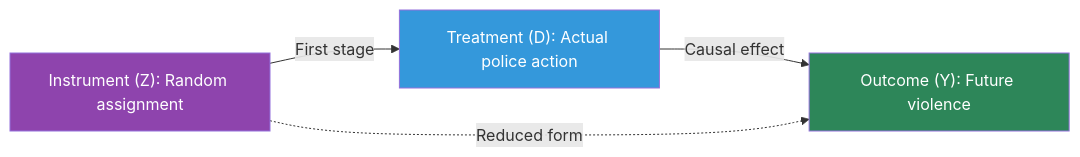
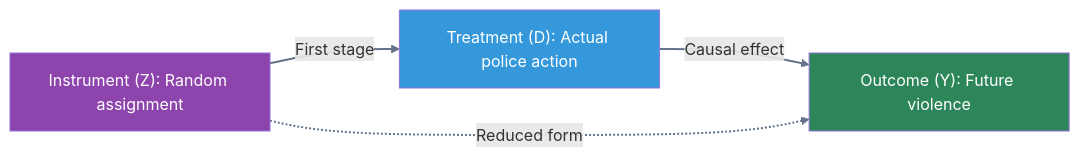
The second of 3 diagrams in notebooks_quarto/03-instrumental-variables.qmd (cmg777/intro2causal), drawn with Mermaid before and after one commit. The commit also changed other lines of this file and 17 other files, not shown here.

````diff
--- a/notebooks_quarto/03-instrumental-variables.qmd
+++ b/notebooks_quarto/03-instrumental-variables.qmd
@@ -362,17 +361,18 @@
 ```{mermaid}
 %%| label: fig-iv-chain
 %%| fig-cap: "The IV chain reaction: the instrument affects the outcome only through its effect on treatment."
 
 graph LR
     Z["Instrument (Z): Random assignment"]
     D["Treatment (D): Actual police action"]
     Y["Outcome (Y): Future violence"]
 
     Z -->|"First stage"| D
     D -->|"Causal effect"| Y
     Z -.->|"Reduced form"| Y
 
     style Z fill:#8e44ad,color:#fff
     style D fill:#3498db,color:#fff
     style Y fill:#2d8659,color:#fff
+    linkStyle default stroke:#64748b,stroke-width:2px
 ```
````
